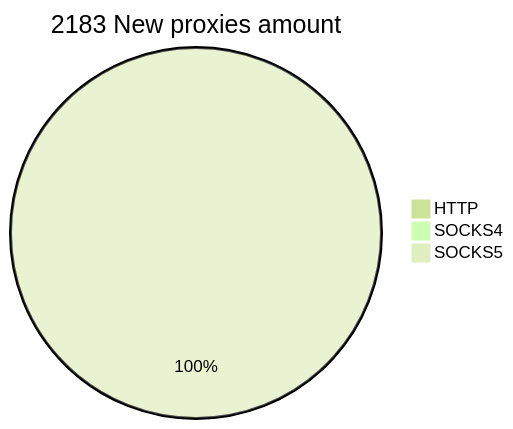
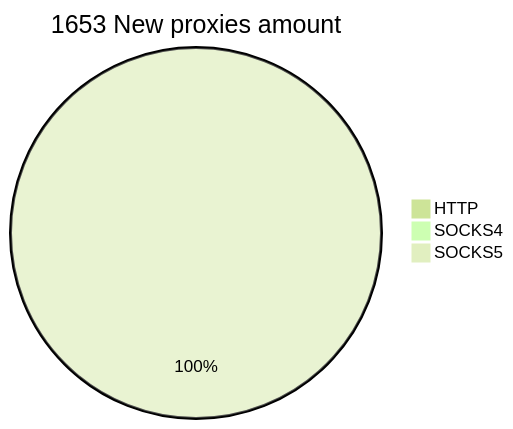
One commit to cutipu/proxylist changed the second of 2 diagrams in README.md. Above: the diagram before and after it, drawn with Mermaid (forest theme). The commit also changed other lines of this file, not shown here.

````diff
--- a/README.md
+++ b/README.md
@@ -10,6 +10,6 @@
 ```mermaid
-pie title 2183 New proxies amount
+pie title 1653 New proxies amount
     "HTTP" : 0
     "SOCKS4" : 0
-    "SOCKS5" : 2183
+    "SOCKS5" : 1653
 ```
````
